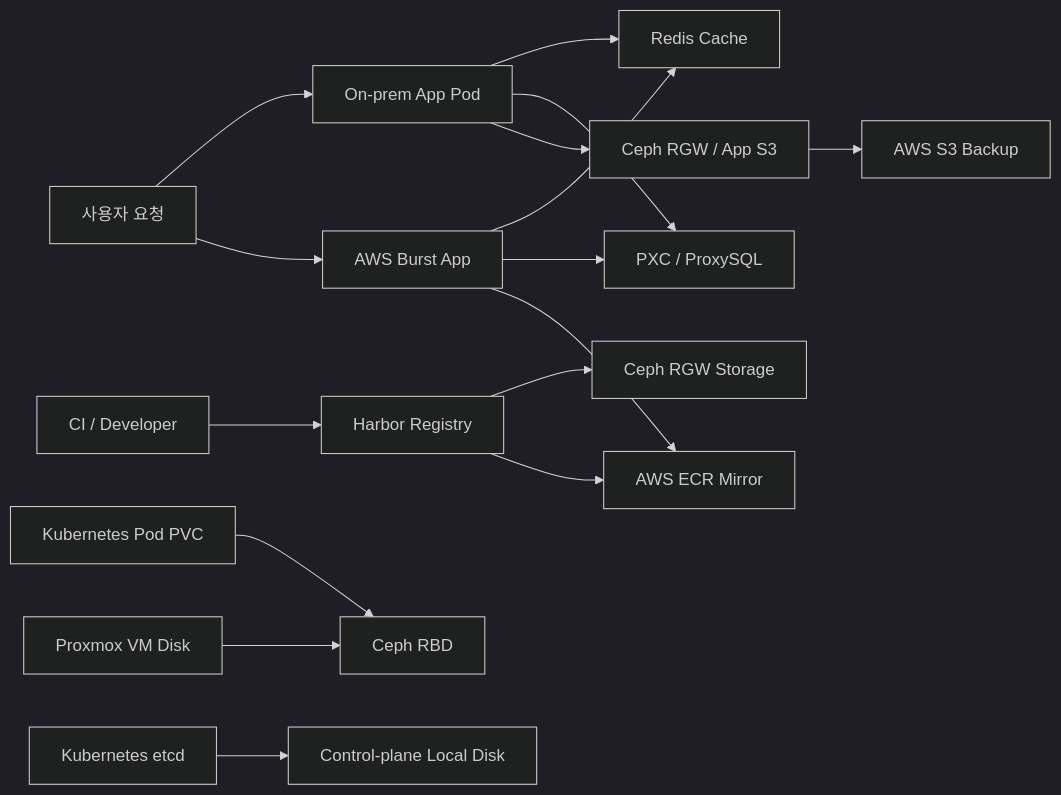
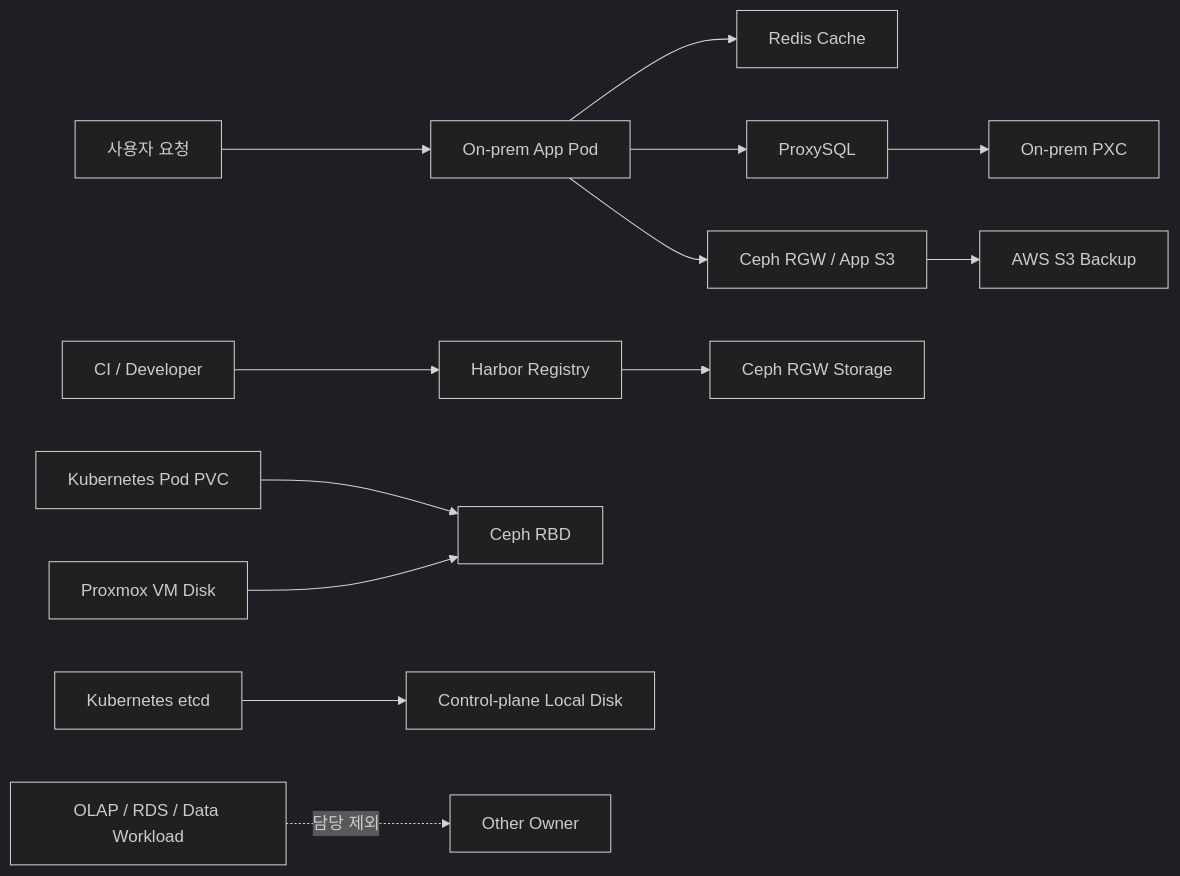
One commit to KosaCloudTeam2/infra-platform changed the first of 2 diagrams in docs/presentation/storage-platform-a-to-z.md. Above: the diagram before and after it, drawn with Mermaid (dark theme). The commit also changed other lines of this file and 4 other files, not shown here.

````diff
--- a/docs/presentation/storage-platform-a-to-z.md
+++ b/docs/presentation/storage-platform-a-to-z.md
@@ -101,23 +107,20 @@
 ```mermaid
 flowchart LR
     User["사용자 요청"] --> App["On-prem App Pod"]
-    User --> AwsApp["AWS Burst App"]
 
     App --> Redis["Redis Cache"]
-    AwsApp --> Redis
-
-    App --> DB["PXC / ProxySQL"]
-    AwsApp --> DB
+    App --> ProxySQL["ProxySQL"]
+    ProxySQL --> PXC["On-prem PXC"]
 
     App --> RGW["Ceph RGW / App S3"]
     RGW --> S3["AWS S3 Backup"]
 
     Dev["CI / Developer"] --> Harbor["Harbor Registry"]
     Harbor --> CephObj["Ceph RGW Storage"]
-    Harbor --> ECR["AWS ECR Mirror"]
-    AwsApp --> ECR
 
     K8s["Kubernetes Pod PVC"] --> RBD["Ceph RBD"]
     VM["Proxmox VM Disk"] --> RBD
     Etcd["Kubernetes etcd"] --> LocalDisk["Control-plane Local Disk"]
+
+    Admin["OLAP / RDS / Data Workload"] -. "담당 제외" .-> OutScope["Other Owner"]
 ```
````
